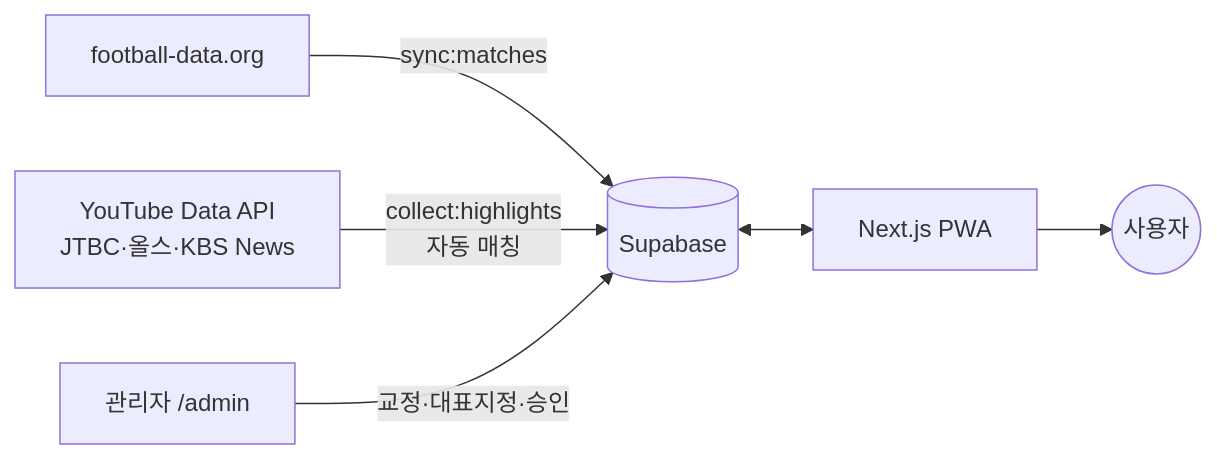
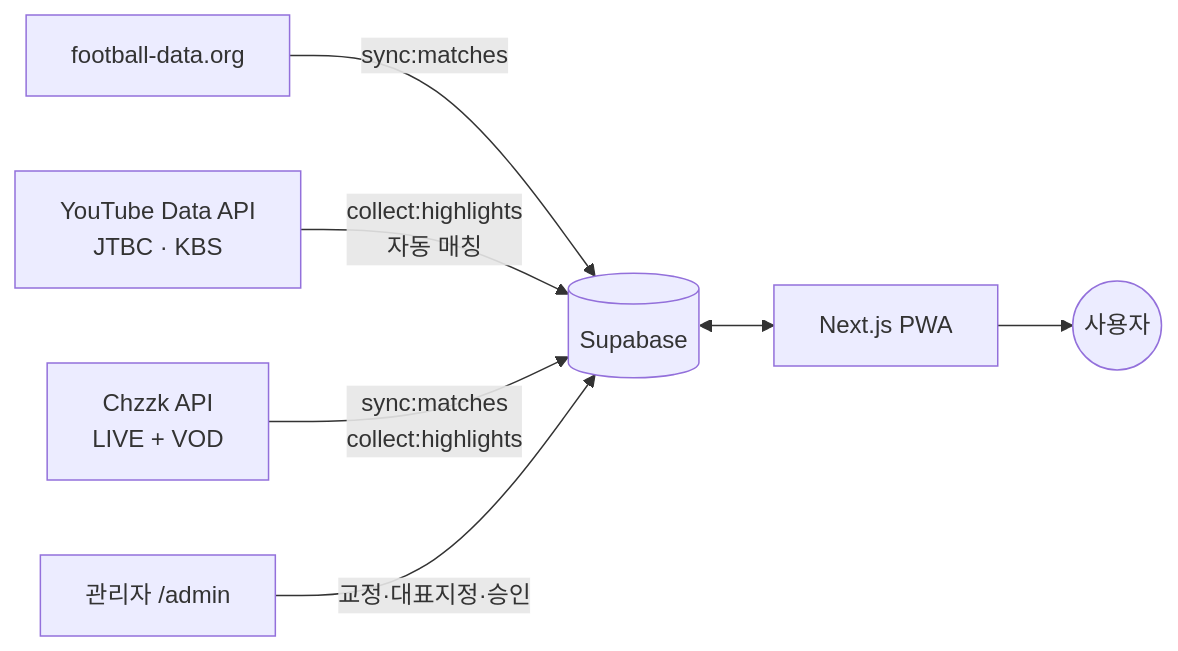
Before and after one commit to ingeun92/lighthigh: the diagram in README.md, drawn with Mermaid. The commit also changed other lines of this file, not shown here.

Commit message:
docs: update Korean README with latest features (Chzzk, LIVE top pinning, active guard)

````diff
--- a/README.md
+++ b/README.md
@@ -38,8 +39,9 @@
 ```mermaid
 flowchart LR
   FD[football-data.org] -->|sync:matches| DB[(Supabase)]
-  YT[YouTube Data API<br/>JTBC·올스·KBS News] -->|collect:highlights<br/>자동 매칭| DB
+  YT[YouTube Data API<br/>JTBC · KBS] -->|collect:highlights<br/>자동 매칭| DB
+  CHZZK[Chzzk API<br/>LIVE + VOD] -->|sync:matches<br/>collect:highlights| DB
   DB <--> APP[Next.js PWA]
   ADMIN[관리자 /admin] -->|교정·대표지정·승인| DB
   APP --> U((사용자))
 ```
````
